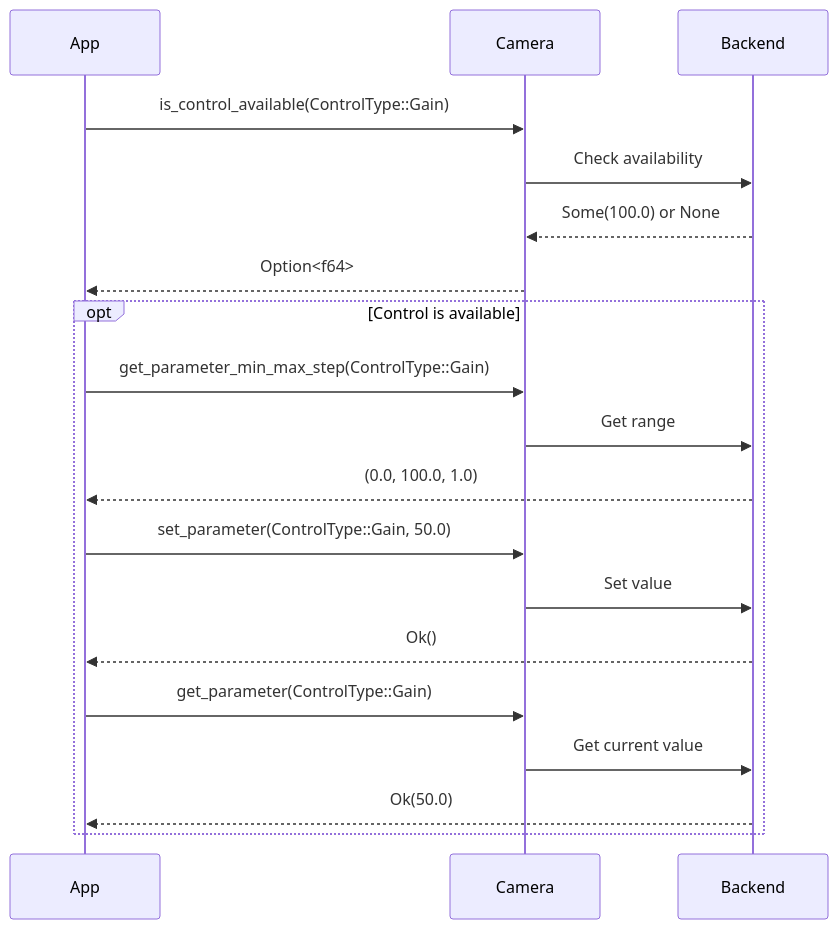
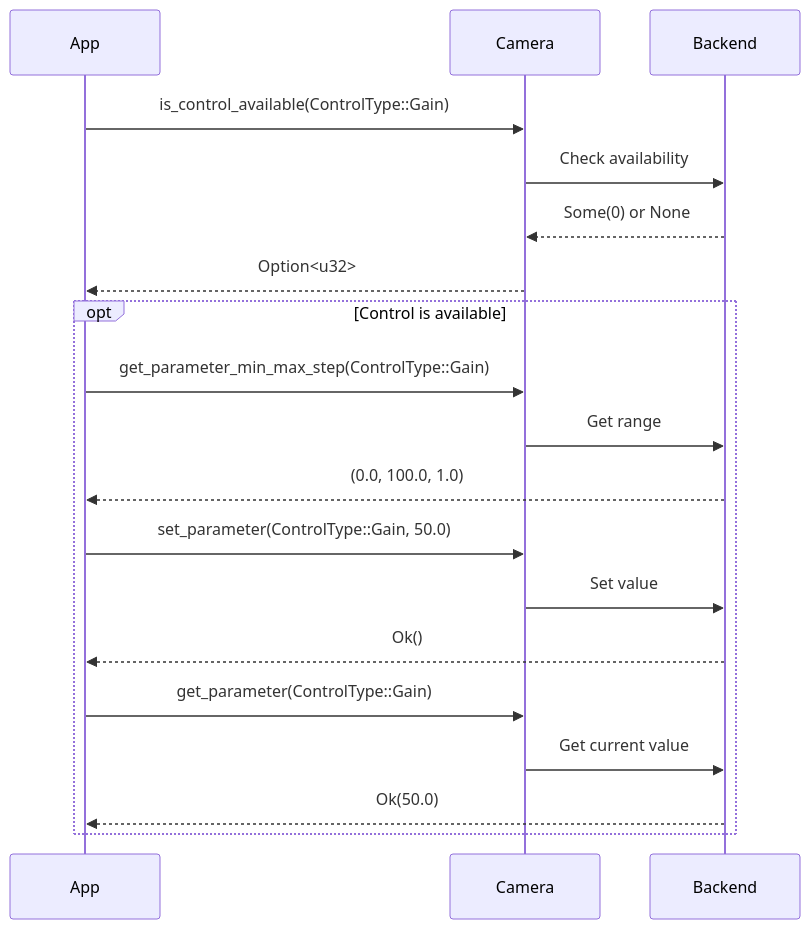
One commit to rusty-photon/rusty-photon changed diagram 15 of 19 in crates/qhyccd-rs/docs/qhyccd-rs.md. Above: the diagram before and after it, drawn with Mermaid. The commit also changed other lines of this file and 159 other files, not shown here.

````diff
--- a/crates/qhyccd-rs/docs/qhyccd-rs.md
+++ b/crates/qhyccd-rs/docs/qhyccd-rs.md
@@ -842,25 +866,25 @@
 ```mermaid
 sequenceDiagram
     participant App
     participant Camera
     participant Backend
 
     App->>Camera: is_control_available(ControlType::Gain)
     Camera->>Backend: Check availability
-    Backend-->>Camera: Some(100.0) or None
-    Camera-->>App: Option<f64>
+    Backend-->>Camera: Some(0) or None
+    Camera-->>App: Option<u32>
 
     opt Control is available
         App->>Camera: get_parameter_min_max_step(ControlType::Gain)
         Camera->>Backend: Get range
         Backend-->>App: (0.0, 100.0, 1.0)
 
         App->>Camera: set_parameter(ControlType::Gain, 50.0)
         Camera->>Backend: Set value
         Backend-->>App: Ok()
 
         App->>Camera: get_parameter(ControlType::Gain)
         Camera->>Backend: Get current value
         Backend-->>App: Ok(50.0)
     end
 ```
````
